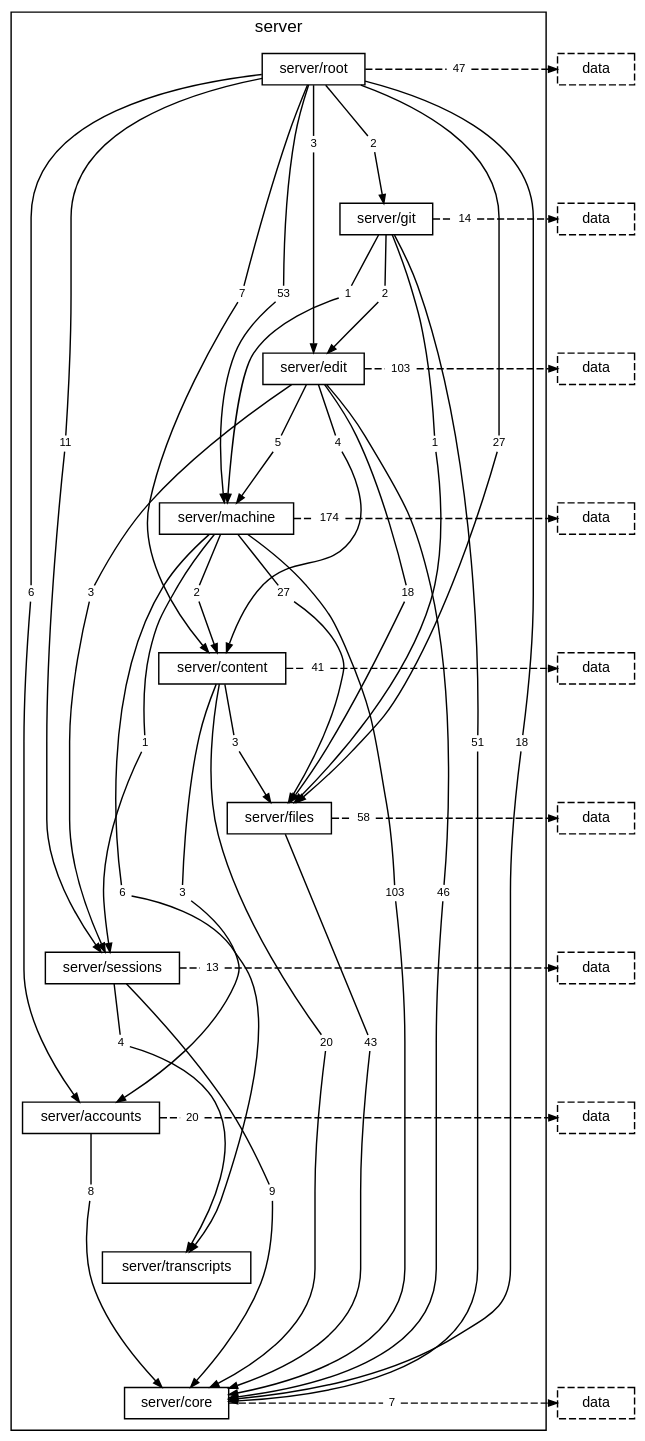
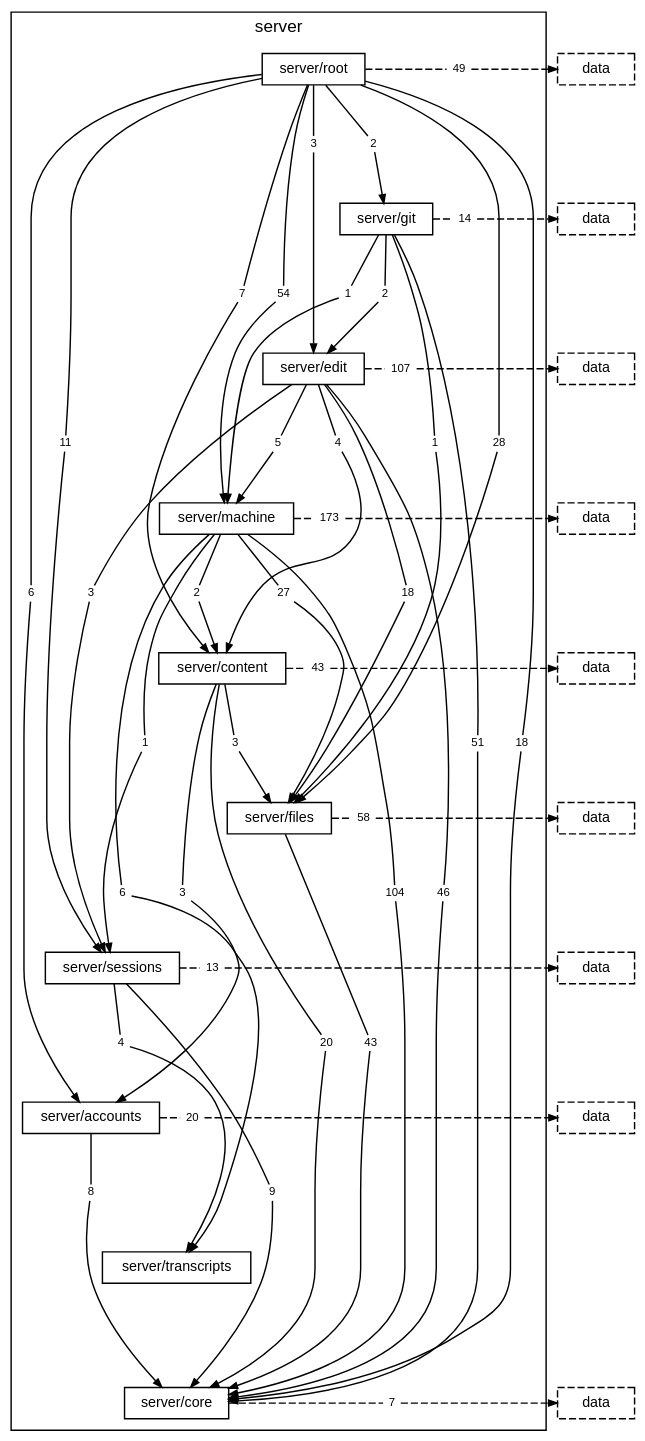
One commit to TheAxeC/oculus changed the diagram in docs/diagrams/layer-server.dot. Above: the diagram before and after it, drawn with Graphviz. The commit also changed 471 other files, not shown here.

```diff
--- a/docs/diagrams/layer-server.dot
+++ b/docs/diagrams/layer-server.dot
@@ -18,11 +18,11 @@
         "folder server/root to folder server/content" [label="7", shape=box, color="transparent", fontsize=8, width=0, height=0, margin="0.04,0.02"];
         "folder server/root to folder server/core" [label="18", shape=box, color="transparent", fontsize=8, width=0, height=0, margin="0.04,0.02"];
         "folder server/root to folder server/edit" [label="3", shape=box, color="transparent", fontsize=8, width=0, height=0, margin="0.04,0.02"];
-        "folder server/root to folder server/files" [label="27", shape=box, color="transparent", fontsize=8, width=0, height=0, margin="0.04,0.02"];
+        "folder server/root to folder server/files" [label="28", shape=box, color="transparent", fontsize=8, width=0, height=0, margin="0.04,0.02"];
         "folder server/root to folder server/git" [label="2", shape=box, color="transparent", fontsize=8, width=0, height=0, margin="0.04,0.02"];
-        "folder server/root to folder server/machine" [label="53", shape=box, color="transparent", fontsize=8, width=0, height=0, margin="0.04,0.02"];
+        "folder server/root to folder server/machine" [label="54", shape=box, color="transparent", fontsize=8, width=0, height=0, margin="0.04,0.02"];
         "folder server/root to folder server/sessions" [label="11", shape=box, color="transparent", fontsize=8, width=0, height=0, margin="0.04,0.02"];
-        "folder server/root to layer data" [label="47", shape=box, color="transparent", fontsize=8, width=0, height=0, margin="0.04,0.02"];
+        "folder server/root to layer data" [label="49", shape=box, color="transparent", fontsize=8, width=0, height=0, margin="0.04,0.02"];
         "folder server/git to folder server/core" [label="51", shape=box, color="transparent", fontsize=8, width=0, height=0, margin="0.04,0.02"];
         "folder server/git to folder server/edit" [label="2", shape=box, color="transparent", fontsize=8, width=0, height=0, margin="0.04,0.02"];
         "folder server/git to folder server/files" [label="1", shape=box, color="transparent", fontsize=8, width=0, height=0, margin="0.04,0.02"];
@@ -33,17 +33,17 @@
         "folder server/edit to folder server/files" [label="18", shape=box, color="transparent", fontsize=8, width=0, height=0, margin="0.04,0.02"];
         "folder server/edit to folder server/machine" [label="5", shape=box, color="transparent", fontsize=8, width=0, height=0, margin="0.04,0.02"];
         "folder server/edit to folder server/sessions" [label="3", shape=box, color="transparent", fontsize=8, width=0, height=0, margin="0.04,0.02"];
-        "folder server/edit to layer data" [label="103", shape=box, color="transparent", fontsize=8, width=0, height=0, margin="0.04,0.02"];
+        "folder server/edit to layer data" [label="107", shape=box, color="transparent", fontsize=8, width=0, height=0, margin="0.04,0.02"];
         "folder server/machine to folder server/content" [label="2", shape=box, color="transparent", fontsize=8, width=0, height=0, margin="0.04,0.02"];
-        "folder server/machine to folder server/core" [label="103", shape=box, color="transparent", fontsize=8, width=0, height=0, margin="0.04,0.02"];
+        "folder server/machine to folder server/core" [label="104", shape=box, color="transparent", fontsize=8, width=0, height=0, margin="0.04,0.02"];
         "folder server/machine to folder server/files" [label="27", shape=box, color="transparent", fontsize=8, width=0, height=0, margin="0.04,0.02"];
         "folder server/machine to folder server/sessions" [label="1", shape=box, color="transparent", fontsize=8, width=0, height=0, margin="0.04,0.02"];
         "folder server/machine to folder server/transcripts" [label="6", shape=box, color="transparent", fontsize=8, width=0, height=0, margin="0.04,0.02"];
-        "folder server/machine to layer data" [label="174", shape=box, color="transparent", fontsize=8, width=0, height=0, margin="0.04,0.02"];
+        "folder server/machine to layer data" [label="173", shape=box, color="transparent", fontsize=8, width=0, height=0, margin="0.04,0.02"];
         "folder server/content to folder server/accounts" [label="3", shape=box, color="transparent", fontsize=8, width=0, height=0, margin="0.04,0.02"];
         "folder server/content to folder server/core" [label="20", shape=box, color="transparent", fontsize=8, width=0, height=0, margin="0.04,0.02"];
         "folder server/content to folder server/files" [label="3", shape=box, color="transparent", fontsize=8, width=0, height=0, margin="0.04,0.02"];
-        "folder server/content to layer data" [label="41", shape=box, color="transparent", fontsize=8, width=0, height=0, margin="0.04,0.02"];
+        "folder server/content to layer data" [label="43", shape=box, color="transparent", fontsize=8, width=0, height=0, margin="0.04,0.02"];
         "folder server/files to folder server/core" [label="43", shape=box, color="transparent", fontsize=8, width=0, height=0, margin="0.04,0.02"];
         "folder server/files to layer data" [label="58", shape=box, color="transparent", fontsize=8, width=0, height=0, margin="0.04,0.02"];
         "folder server/sessions to folder server/core" [label="9", shape=box, color="transparent", fontsize=8, width=0, height=0, margin="0.04,0.02"];
```
